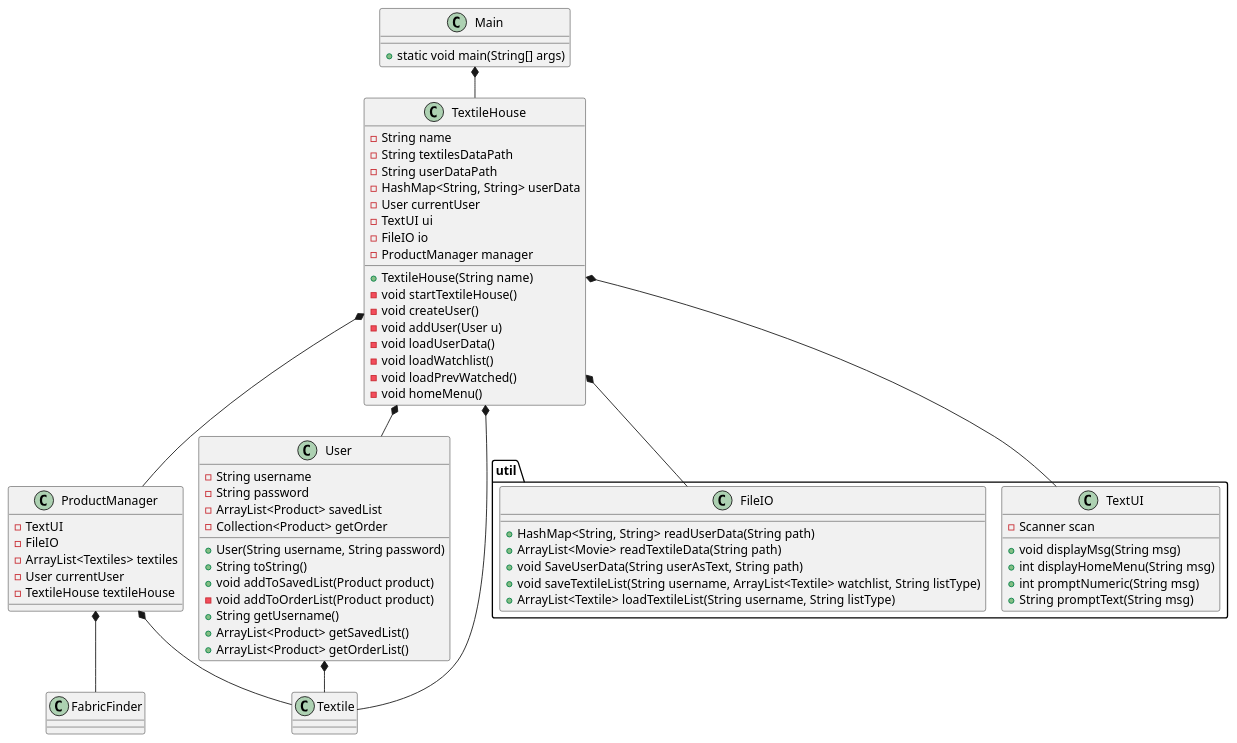
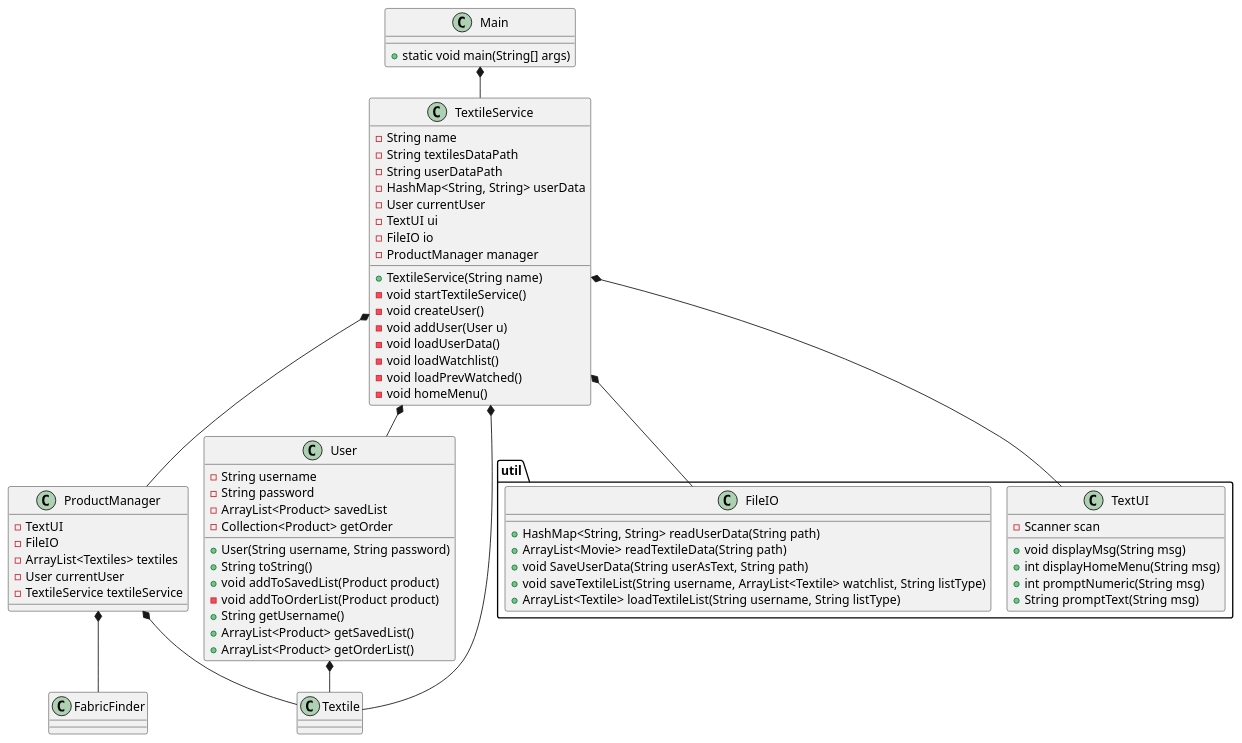
Before and after one commit to Griffenholm/ICE: the diagram in doc/classdiagram/classdiagram.puml, drawn with PlantUML. The commit also changed 3 other files, not shown here.

```diff
--- a/doc/classdiagram/classdiagram.puml
+++ b/doc/classdiagram/classdiagram.puml
@@ -1,83 +1,83 @@
 @startuml
 !pragma layout smetana
 
 class Main {
 + static void main(String[] args)
 }
 
 
-class TextileHouse{
+class TextileService{
 - String name
 - String textilesDataPath
 - String userDataPath
 - HashMap<String, String> userData
 - User currentUser
 - TextUI ui
 - FileIO io
 - ProductManager manager
-+ TextileHouse(String name)
-- void startTextileHouse()
++ TextileService(String name)
+- void startTextileService()
 - void createUser()
 - void addUser(User u)
 - void loadUserData()
 - void loadWatchlist()
 - void loadPrevWatched()
 - void homeMenu()
 }
 
 class ProductManager{
 - TextUI
 - FileIO
 - ArrayList<Textiles> textiles
 - User currentUser
-- TextileHouse textileHouse
+- TextileService textileService
 }
 
 class FabricFinder{
 }
 
 class User {
 - String username
 - String password
 - ArrayList<Product> savedList
 - Collection<Product> getOrder
 + User(String username, String password)
 + String toString()
 + void addToSavedList(Product product)
 - void addToOrderList(Product product)
 + String getUsername()
 + ArrayList<Product> getSavedList()
 + ArrayList<Product> getOrderList()
 }
 
 class Textile {}
 
 package "util" {
 
 class TextUI {
 - Scanner scan
 + void displayMsg(String msg)
 + int displayHomeMenu(String msg)
 + int promptNumeric(String msg)
 + String promptText(String msg)
 }
 
 class FileIO {
 + HashMap<String, String> readUserData(String path)
 + ArrayList<Movie> readTextileData(String path)
 + void SaveUserData(String userAsText, String path)
 + void saveTextileList(String username, ArrayList<Textile> watchlist, String listType)
 + ArrayList<Textile> loadTextileList(String username, String listType)
 }
 }
 
-Main *-- TextileHouse
-TextileHouse *-- FileIO
-TextileHouse *-- TextUI
-TextileHouse *-- User
-TextileHouse *-- ProductManager
+Main *-- TextileService
+TextileService *-- FileIO
+TextileService *-- TextUI
+TextileService *-- User
+TextileService *-- ProductManager
 ProductManager *-- Textile
 ProductManager *-- FabricFinder
-TextileHouse *-- Textile
+TextileService *-- Textile
 User *-- Textile
 @enduml
```
